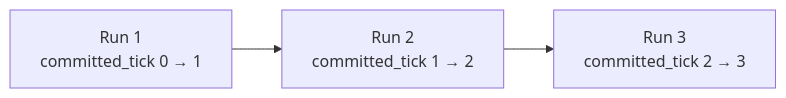
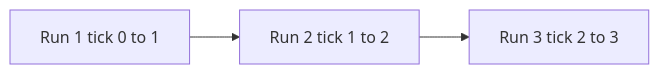
Before and after one commit to brunolnetto/mro-job-as-code: the fourth of 21 diagrams in README.md, drawn with Mermaid. The commit also changed other lines of this file, not shown here.

Commit message:
docs: simplify Mermaid diagrams and collapse README sections

````diff
--- a/README.md
+++ b/README.md
@@ -284,8 +262,5 @@
 ```mermaid
-flowchart LR
-    R1["Run 1<br/>committed_tick 0 → 1"]
-    R2["Run 2<br/>committed_tick 1 → 2"]
-    R3["Run 3<br/>committed_tick 2 → 3"]
-
-    R1 --> R2 --> R3
+graph LR
+    R1[Run 1 tick 0 to 1] --> R2[Run 2 tick 1 to 2]
+    R2 --> R3[Run 3 tick 2 to 3]
 ```
````
